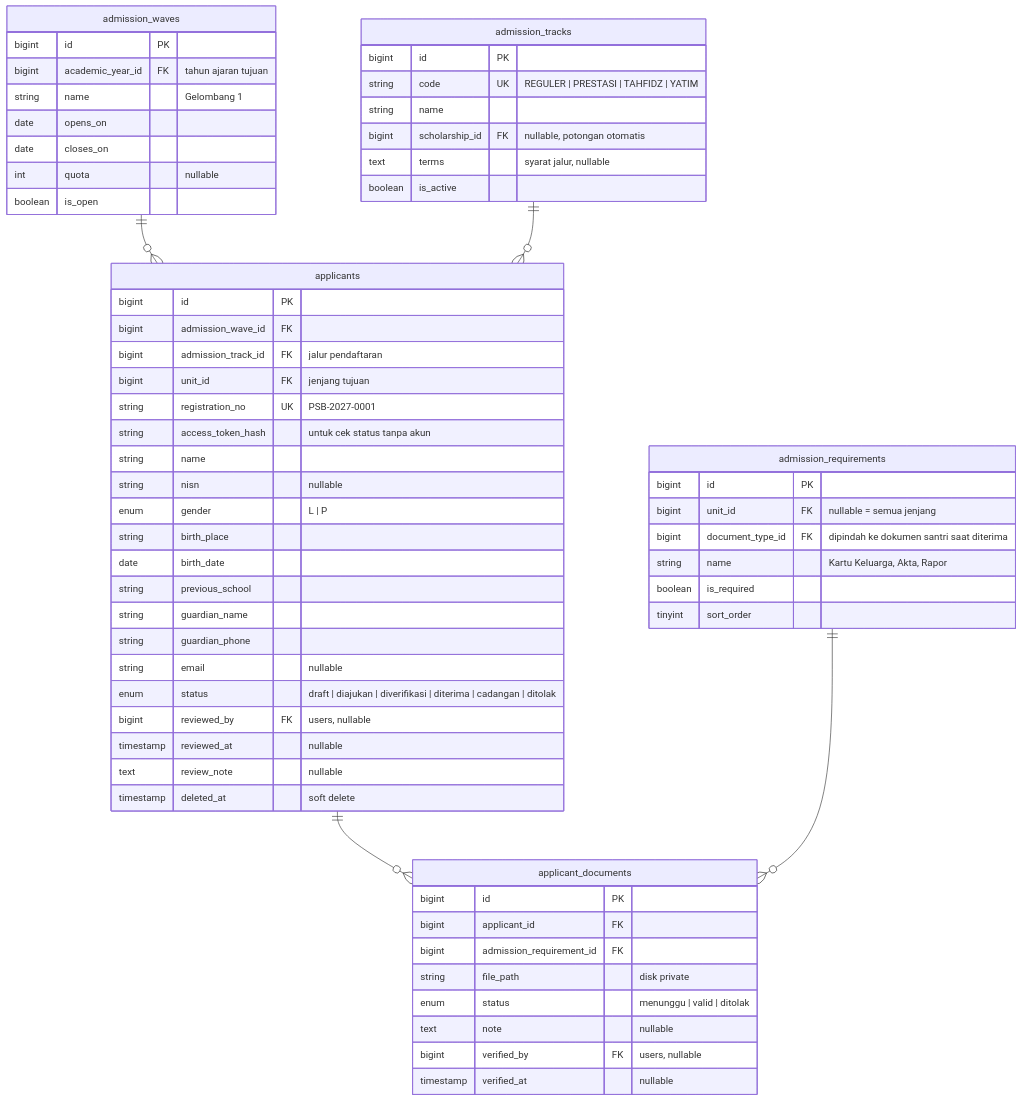
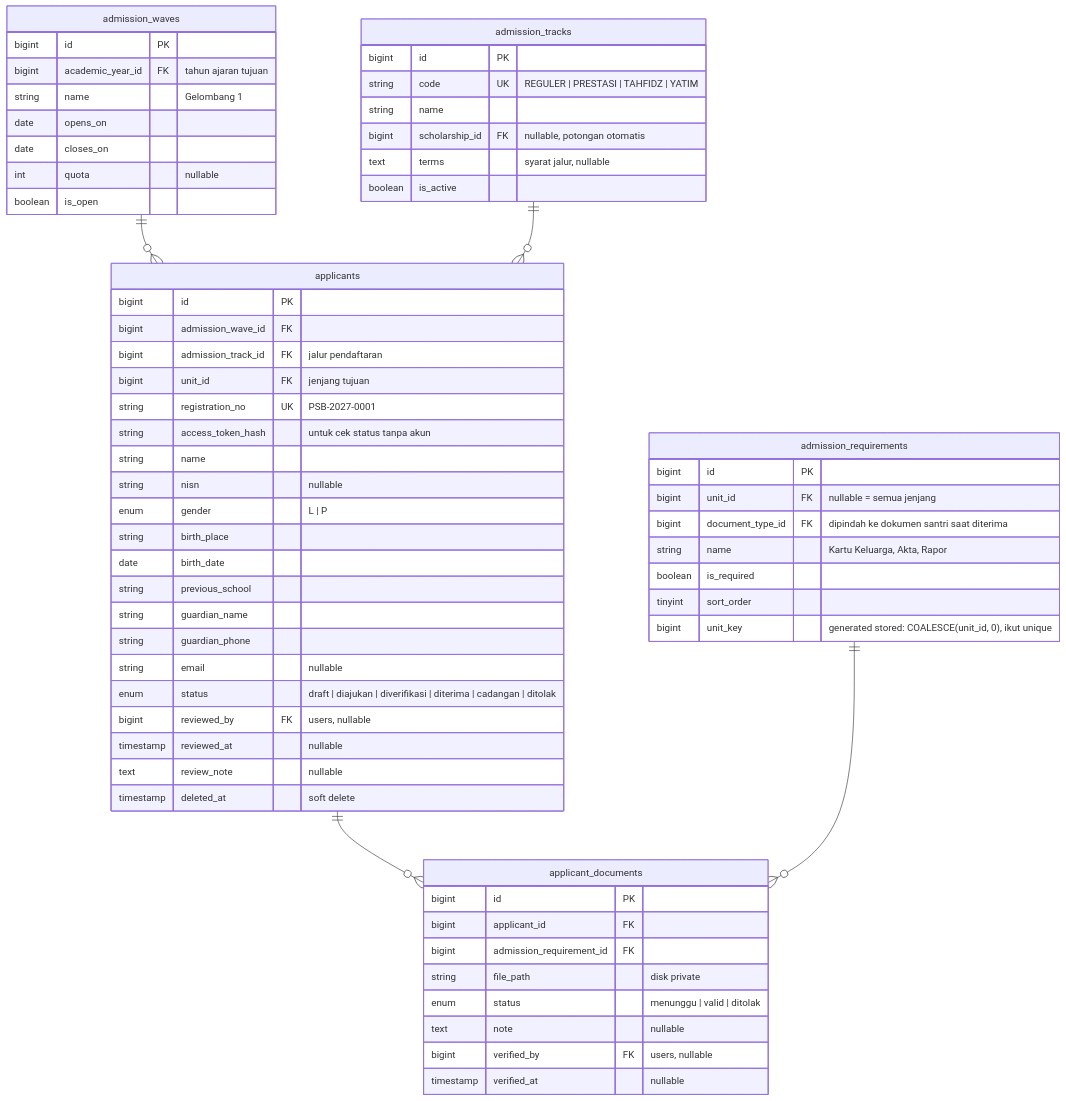
One commit to dankedev/pondok changed the eighth of 11 diagrams in docs/erd.md. Above: the diagram before and after it, drawn with Mermaid. The commit also changed other lines of this file and 1 other file, not shown here.

````diff
--- a/docs/erd.md
+++ b/docs/erd.md
@@ -481,65 +481,66 @@
 ```mermaid
 erDiagram
   admission_waves {
     bigint id PK
     bigint academic_year_id FK "tahun ajaran tujuan"
     string name "Gelombang 1"
     date opens_on
     date closes_on
     int quota "nullable"
     boolean is_open
   }
   admission_tracks {
     bigint id PK
     string code UK "REGULER | PRESTASI | TAHFIDZ | YATIM"
     string name
     bigint scholarship_id FK "nullable, potongan otomatis"
     text terms "syarat jalur, nullable"
     boolean is_active
   }
   admission_requirements {
     bigint id PK
     bigint unit_id FK "nullable = semua jenjang"
     bigint document_type_id FK "dipindah ke dokumen santri saat diterima"
     string name "Kartu Keluarga, Akta, Rapor"
     boolean is_required
     tinyint sort_order
+    bigint unit_key "generated stored: COALESCE(unit_id, 0), ikut unique"
   }
   applicants {
     bigint id PK
     bigint admission_wave_id FK
     bigint admission_track_id FK "jalur pendaftaran"
     bigint unit_id FK "jenjang tujuan"
     string registration_no UK "PSB-2027-0001"
     string access_token_hash "untuk cek status tanpa akun"
     string name
     string nisn "nullable"
     enum gender "L | P"
     string birth_place
     date birth_date
     string previous_school
     string guardian_name
     string guardian_phone
     string email "nullable"
     enum status "draft | diajukan | diverifikasi | diterima | cadangan | ditolak"
     bigint reviewed_by FK "users, nullable"
     timestamp reviewed_at "nullable"
     text review_note "nullable"
     timestamp deleted_at "soft delete"
   }
   applicant_documents {
     bigint id PK
     bigint applicant_id FK
     bigint admission_requirement_id FK
     string file_path "disk private"
     enum status "menunggu | valid | ditolak"
     text note "nullable"
     bigint verified_by FK "users, nullable"
     timestamp verified_at "nullable"
   }
   admission_waves ||--o{ applicants : ""
   admission_tracks ||--o{ applicants : ""
   applicants ||--o{ applicant_documents : ""
   admission_requirements ||--o{ applicant_documents : ""
   
 ```
````
